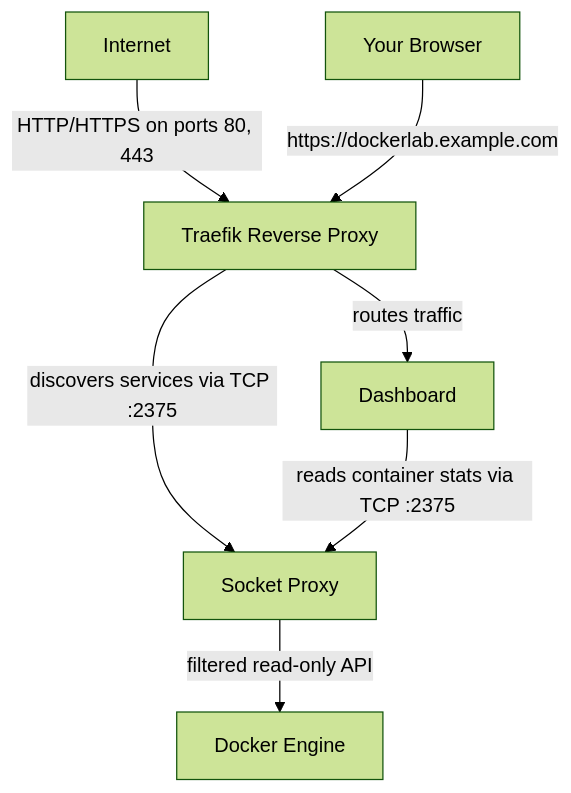
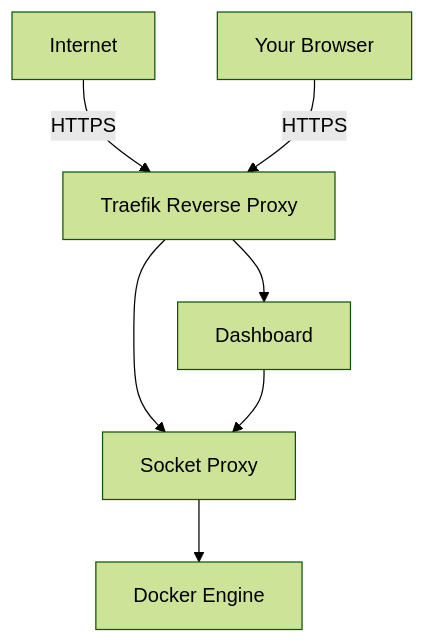
One commit to peermesh/docker-lab-docs changed the first of 3 diagrams in docs/foundation-stack.md. Above: the diagram before and after it, drawn with Mermaid (forest theme). The commit also changed other lines of this file and 13 other files, not shown here.

First line of the commit message:
fix: improve diagram legibility and icon rendering

````diff
--- a/docs/foundation-stack.md
+++ b/docs/foundation-stack.md
@@ -13,16 +13,16 @@
 ```mermaid
 flowchart TB
     Internet["Internet"]
     Traefik["Traefik Reverse Proxy"]
     SocketProxy["Socket Proxy"]
     Docker["Docker Engine"]
     Dashboard["Dashboard"]
     Browser["Your Browser"]
 
-    Internet -->|"HTTP/HTTPS on ports 80, 443"| Traefik
-    Browser -->|"https://dockerlab.example.com"| Traefik
-    Traefik -->|"routes traffic"| Dashboard
-    Traefik -->|"discovers services via TCP :2375"| SocketProxy
-    SocketProxy -->|"filtered read-only API"| Docker
-    Dashboard -->|"reads container stats via TCP :2375"| SocketProxy
+    Internet -->|"HTTPS"| Traefik
+    Browser -->|"HTTPS"| Traefik
+    Traefik --> Dashboard
+    Traefik --> SocketProxy
+    SocketProxy --> Docker
+    Dashboard --> SocketProxy
 ```
````
